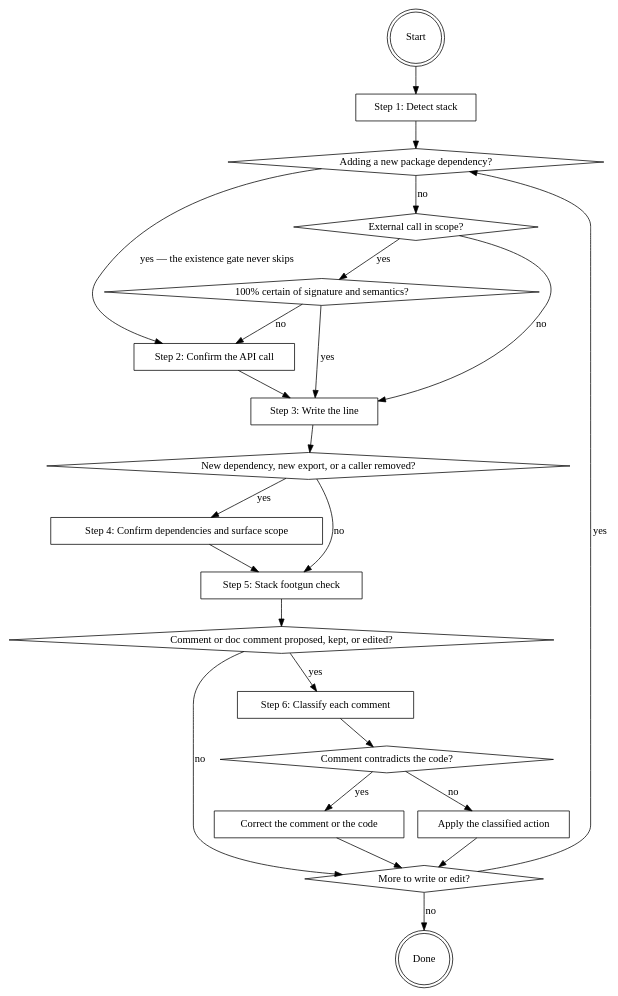
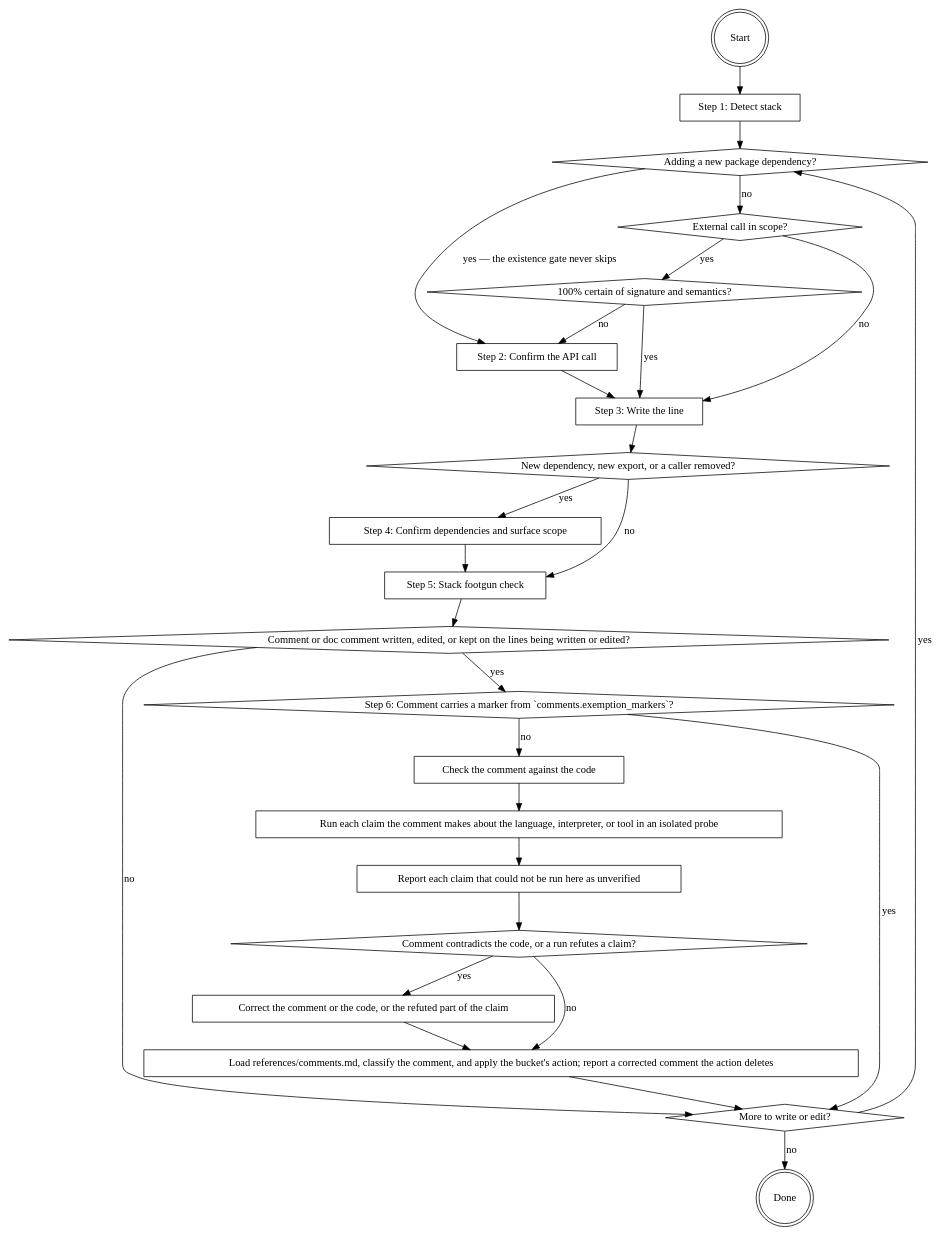
One commit to it-bens/ai-tools changed the diagram in plugins/software-writer/skills/writing-code/SKILL.md. Above: the diagram before and after it, drawn with Graphviz. The commit also changed other lines of this file and 26 other files, not shown here.

````diff
--- a/plugins/software-writer/skills/writing-code/SKILL.md
+++ b/plugins/software-writer/skills/writing-code/SKILL.md
@@ -20,44 +20,51 @@
 ```dot
 digraph writing_code {
     "Start" [shape=doublecircle];
     "Step 1: Detect stack" [shape=box];
     "Adding a new package dependency?" [shape=diamond];
     "External call in scope?" [shape=diamond];
     "100% certain of signature and semantics?" [shape=diamond];
     "Step 2: Confirm the API call" [shape=box];
     "Step 3: Write the line" [shape=box];
     "New dependency, new export, or a caller removed?" [shape=diamond];
     "Step 4: Confirm dependencies and surface scope" [shape=box];
     "Step 5: Stack footgun check" [shape=box];
-    "Comment or doc comment proposed, kept, or edited?" [shape=diamond];
-    "Step 6: Classify each comment" [shape=box];
-    "Comment contradicts the code?" [shape=diamond];
-    "Correct the comment or the code" [shape=box];
-    "Apply the classified action" [shape=box];
+    "Comment or doc comment written, edited, or kept on the lines being written or edited?" [shape=diamond];
+    "Step 6: Comment carries a marker from `comments.exemption_markers`?" [shape=diamond];
+    "Check the comment against the code" [shape=box];
+    "Run each claim the comment makes about the language, interpreter, or tool in an isolated probe" [shape=box];
+    "Report each claim that could not be run here as unverified" [shape=box];
+    "Comment contradicts the code, or a run refutes a claim?" [shape=diamond];
+    "Correct the comment or the code, or the refuted part of the claim" [shape=box];
+    "Load references/comments.md, classify the comment, and apply the bucket's action; report a corrected comment the action deletes" [shape=box];
     "More to write or edit?" [shape=diamond];
     "Done" [shape=doublecircle];
 
     "Start" -> "Step 1: Detect stack" -> "Adding a new package dependency?";
     "Adding a new package dependency?" -> "Step 2: Confirm the API call" [label="yes — the existence gate never skips"];
     "Adding a new package dependency?" -> "External call in scope?" [label="no"];
     "External call in scope?" -> "100% certain of signature and semantics?" [label="yes"];
     "External call in scope?" -> "Step 3: Write the line" [label="no"];
     "100% certain of signature and semantics?" -> "Step 3: Write the line" [label="yes"];
     "100% certain of signature and semantics?" -> "Step 2: Confirm the API call" [label="no"];
     "Step 2: Confirm the API call" -> "Step 3: Write the line";
     "Step 3: Write the line" -> "New dependency, new export, or a caller removed?";
     "New dependency, new export, or a caller removed?" -> "Step 4: Confirm dependencies and surface scope" [label="yes"];
     "New dependency, new export, or a caller removed?" -> "Step 5: Stack footgun check" [label="no"];
     "Step 4: Confirm dependencies and surface scope" -> "Step 5: Stack footgun check";
-    "Step 5: Stack footgun check" -> "Comment or doc comment proposed, kept, or edited?";
-    "Comment or doc comment proposed, kept, or edited?" -> "Step 6: Classify each comment" [label="yes"];
-    "Comment or doc comment proposed, kept, or edited?" -> "More to write or edit?" [label="no"];
-    "Step 6: Classify each comment" -> "Comment contradicts the code?";
-    "Comment contradicts the code?" -> "Correct the comment or the code" [label="yes"];
-    "Comment contradicts the code?" -> "Apply the classified action" [label="no"];
-    "Correct the comment or the code" -> "More to write or edit?";
-    "Apply the classified action" -> "More to write or edit?";
+    "Step 5: Stack footgun check" -> "Comment or doc comment written, edited, or kept on the lines being written or edited?";
+    "Comment or doc comment written, edited, or kept on the lines being written or edited?" -> "Step 6: Comment carries a marker from `comments.exemption_markers`?" [label="yes"];
+    "Comment or doc comment written, edited, or kept on the lines being written or edited?" -> "More to write or edit?" [label="no"];
+    "Step 6: Comment carries a marker from `comments.exemption_markers`?" -> "More to write or edit?" [label="yes"];
+    "Step 6: Comment carries a marker from `comments.exemption_markers`?" -> "Check the comment against the code" [label="no"];
+    "Check the comment against the code" -> "Run each claim the comment makes about the language, interpreter, or tool in an isolated probe";
+    "Run each claim the comment makes about the language, interpreter, or tool in an isolated probe" -> "Report each claim that could not be run here as unverified";
+    "Report each claim that could not be run here as unverified" -> "Comment contradicts the code, or a run refutes a claim?";
+    "Comment contradicts the code, or a run refutes a claim?" -> "Correct the comment or the code, or the refuted part of the claim" [label="yes"];
+    "Comment contradicts the code, or a run refutes a claim?" -> "Load references/comments.md, classify the comment, and apply the bucket's action; report a corrected comment the action deletes" [label="no"];
+    "Correct the comment or the code, or the refuted part of the claim" -> "Load references/comments.md, classify the comment, and apply the bucket's action; report a corrected comment the action deletes";
+    "Load references/comments.md, classify the comment, and apply the bucket's action; report a corrected comment the action deletes" -> "More to write or edit?";
     "More to write or edit?" -> "Adding a new package dependency?" [label="yes"];
     "More to write or edit?" -> "Done" [label="no"];
 }
 ```
````
